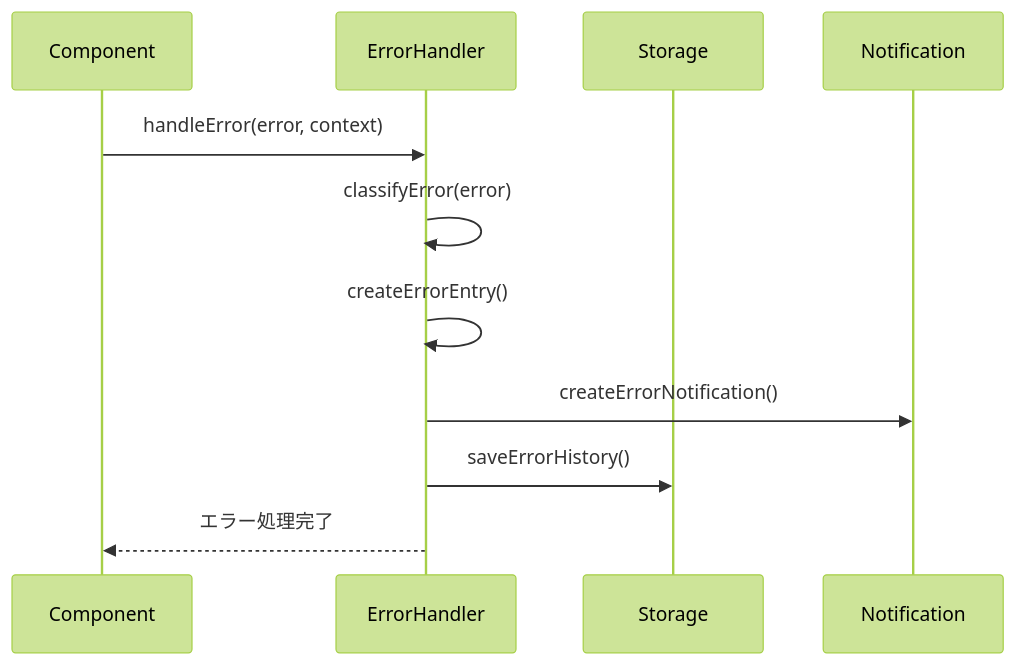
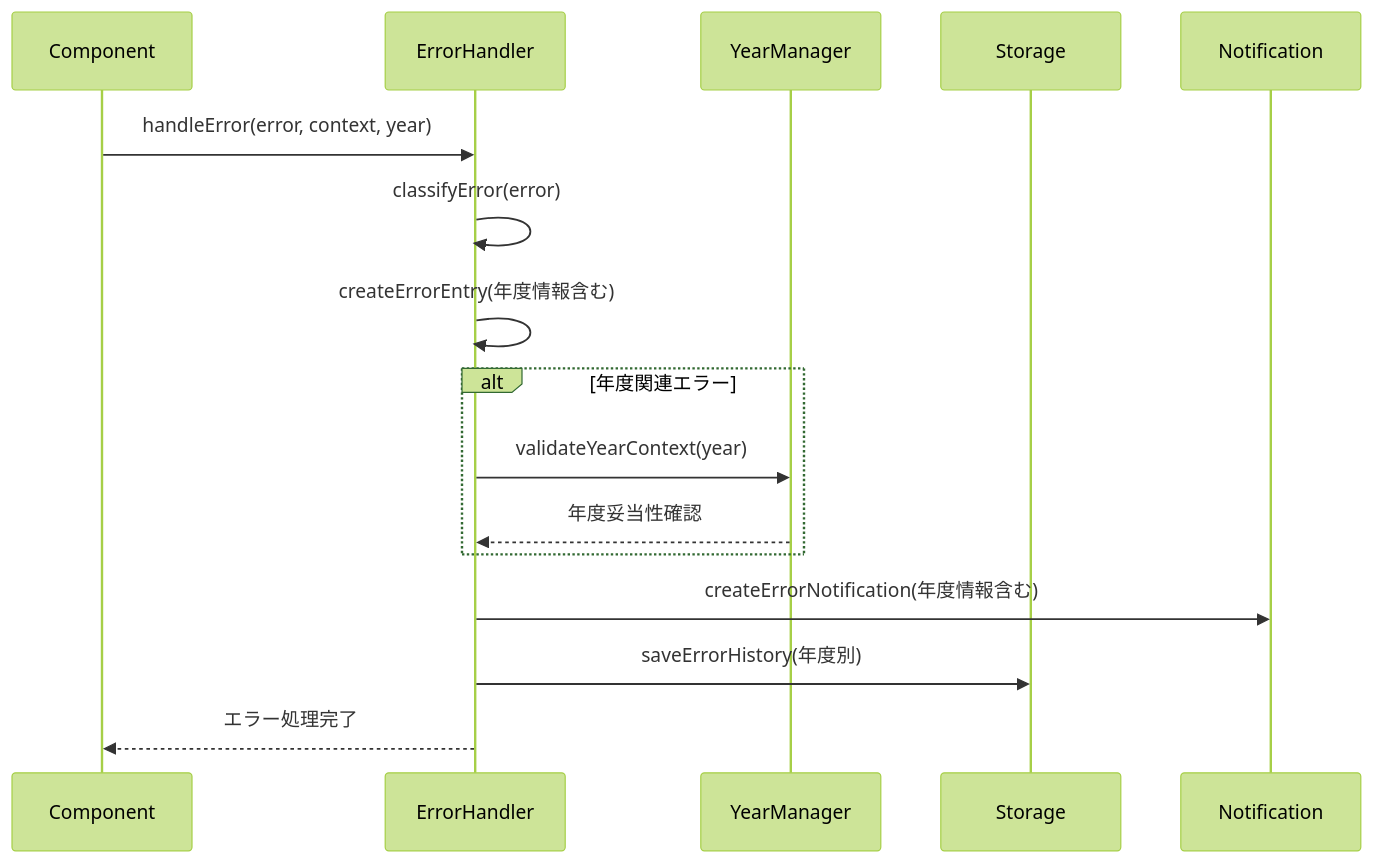
Before and after one commit to actpike/wudiConsuke: the sixth of 7 diagrams in .kiro/specs/wudiConsuke-documentation/design.md, drawn with Mermaid (forest theme). The commit also changed other lines of this file and 18 other files, not shown here.

````diff
--- a/.kiro/specs/wudiConsuke-documentation/design.md
+++ b/.kiro/specs/wudiConsuke-documentation/design.md
@@ -393,14 +597,19 @@
 ```mermaid
 sequenceDiagram
     participant Component
     participant ErrorHandler
+    participant YearManager
     participant Storage
     participant Notification
     
-    Component->>ErrorHandler: handleError(error, context)
+    Component->>ErrorHandler: handleError(error, context, year)
     ErrorHandler->>ErrorHandler: classifyError(error)
-    ErrorHandler->>ErrorHandler: createErrorEntry()
-    ErrorHandler->>Notification: createErrorNotification()
-    ErrorHandler->>Storage: saveErrorHistory()
+    ErrorHandler->>ErrorHandler: createErrorEntry(年度情報含む)
+    alt 年度関連エラー
+        ErrorHandler->>YearManager: validateYearContext(year)
+        YearManager-->>ErrorHandler: 年度妥当性確認
+    end
+    ErrorHandler->>Notification: createErrorNotification(年度情報含む)
+    ErrorHandler->>Storage: saveErrorHistory(年度別)
     ErrorHandler-->>Component: エラー処理完了
 ```
````
